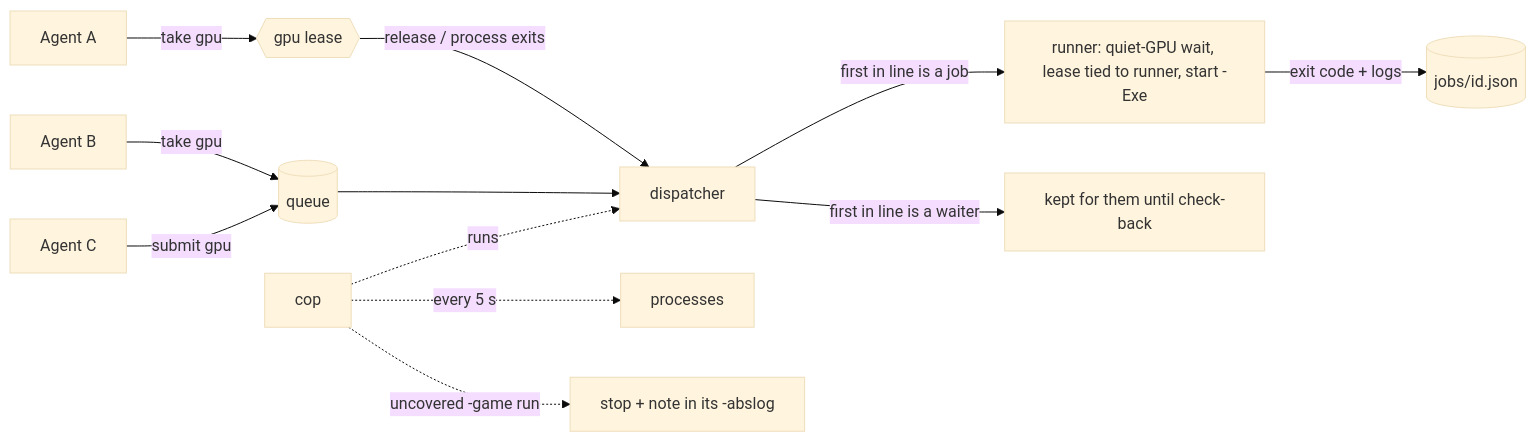
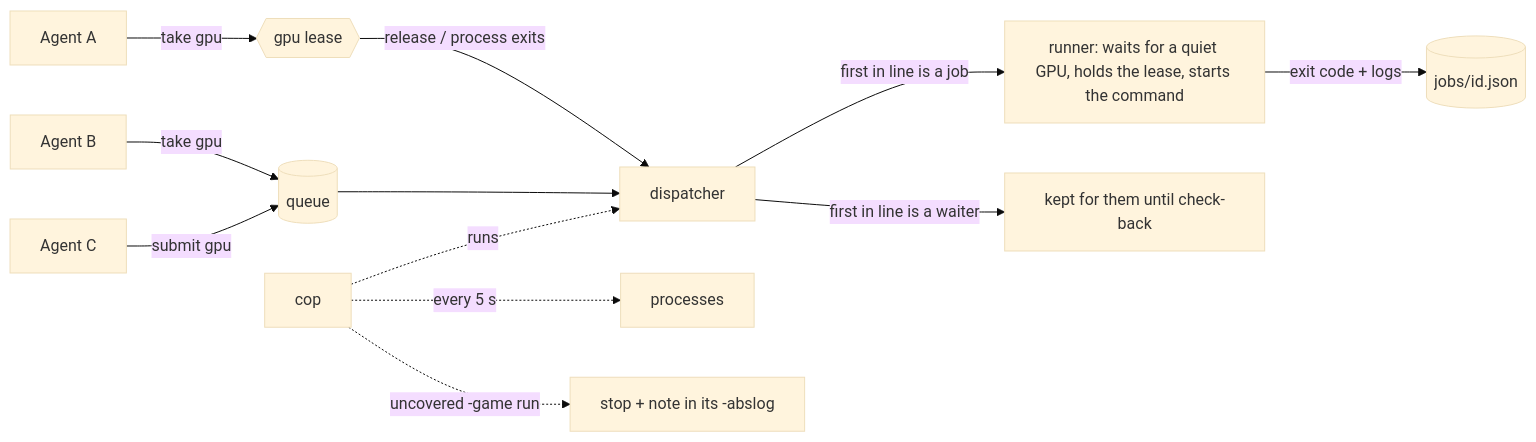
The diagram in README.md (knoxy4/thor-traffic), drawn with Mermaid (base theme) before and after one commit.

Commit message:
README: clearer runner label in the flow diagram
Claude-Session: https://claude.ai/code/session_018TuNaCKKk6wpavTYmDguqt

````diff
--- a/README.md
+++ b/README.md
@@ -67,14 +67,14 @@
 ```mermaid
 flowchart LR
     A1[Agent A] -- take gpu --> L{{gpu lease}}
     A2[Agent B] -- take gpu --> Q[(queue)]
     A3[Agent C] -- submit gpu --> Q
     L -- release / process exits --> D[dispatcher]
     Q --> D
-    D -- first in line is a job --> R["runner: quiet-GPU wait, lease tied to runner, start -Exe"]
+    D -- first in line is a job --> R["runner: waits for a quiet GPU, holds the lease, starts the command"]
     D -- first in line is a waiter --> K["kept for them until check-back"]
     R -- "exit code + logs" --> J[("jobs/id.json")]
     C[cop] -. every 5 s .-> P[processes]
     C -. uncovered -game run .-> X["stop + note in its -abslog"]
     C -. runs .-> D
 ```
````
